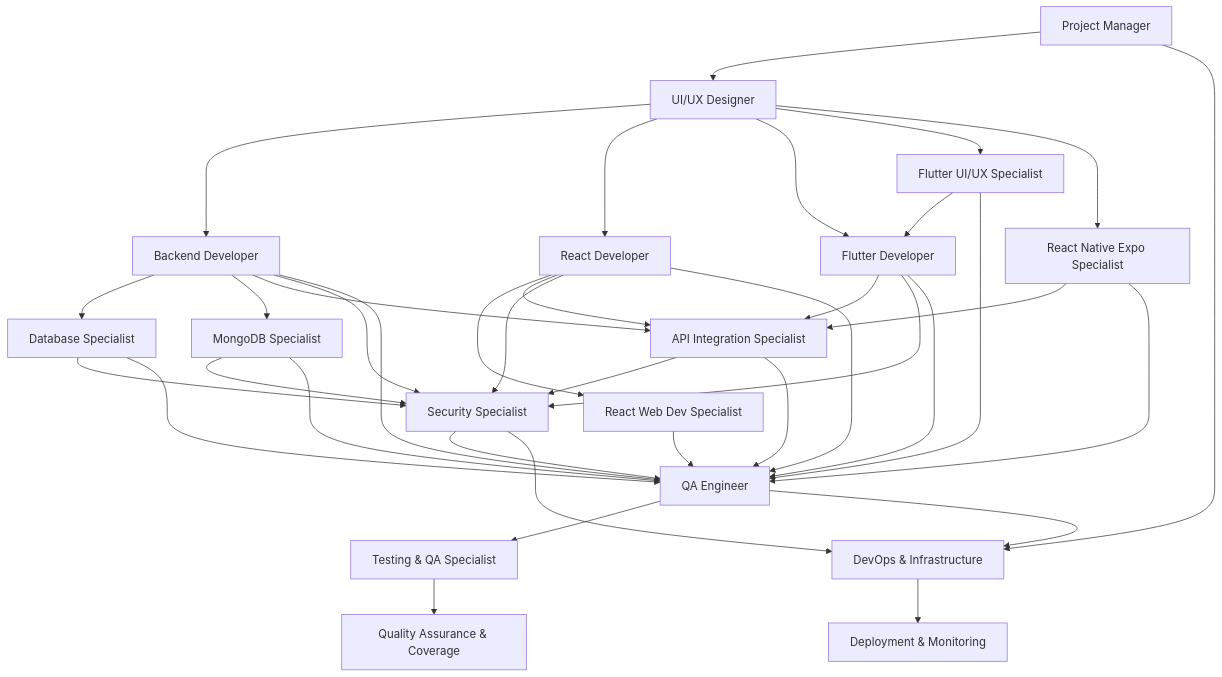
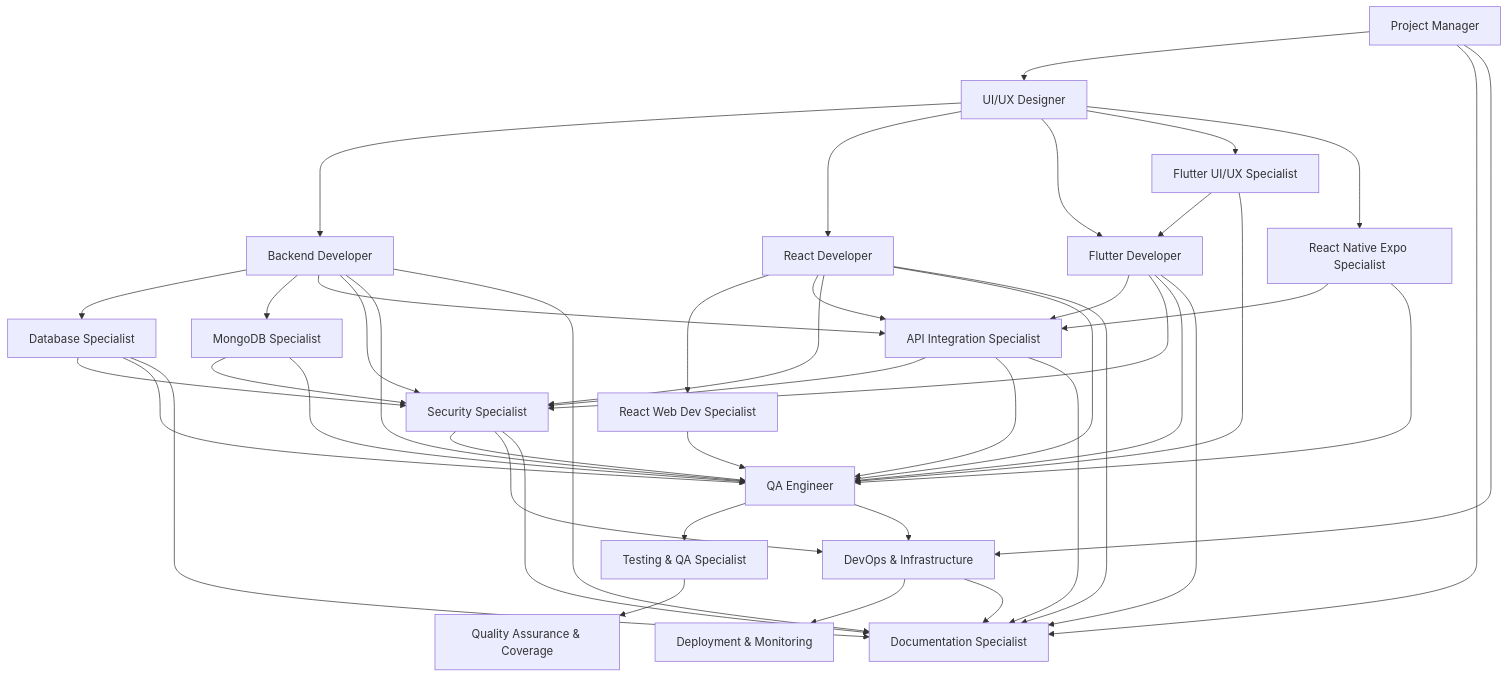
One commit to tiagofur/template-project changed the diagram in agents/README.md. Above: the diagram before and after it, drawn with Mermaid. The commit also changed other lines of this file and 7 other files, not shown here.

Commit message:
Add Documentation Specialist agent with templates and prompts

````diff
--- a/agents/README.md
+++ b/agents/README.md
@@ -72,39 +74,47 @@
 ```mermaid
 graph TD
     A[Project Manager] --> B[UI/UX Designer]
+    A --> DOC[Documentation Specialist]
     B --> C[Backend Developer]
     C --> D[Database Specialist]
     C --> D2[MongoDB Specialist]
     C --> API[API Integration Specialist]
     B --> E[React Developer]
     E --> E2[React Web Dev Specialist]
     E --> API
     B --> F[Flutter Developer]
     B --> F2[Flutter UI/UX Specialist]
     B --> F3[React Native Expo Specialist]
     F2 --> F
     F --> API
     F3 --> API
     API --> S[Security Specialist]
     C --> S
     D --> S
     D2 --> S
     E --> S
     F --> S
     S --> G[QA Engineer]
     C --> G
     D --> G
     D2 --> G
     E --> G
     E2 --> G
     F --> G
     F2 --> G
     F3 --> G
     API --> G
     G --> G2[Testing & QA Specialist]
     A --> H[DevOps & Infrastructure]
     G2 --> I[Quality Assurance & Coverage]
     S --> H
     G --> H
     H --> J[Deployment & Monitoring]
+    C --> DOC
+    D --> DOC
+    E --> DOC
+    F --> DOC
+    API --> DOC
+    S --> DOC
+    H --> DOC
 ```
````
